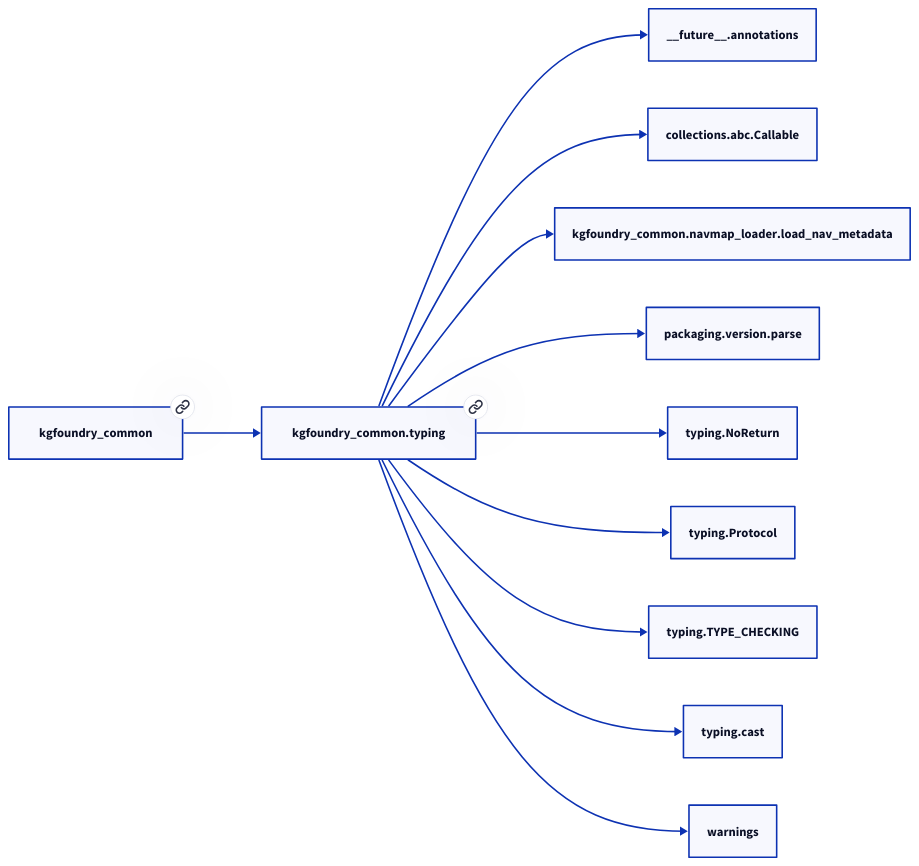
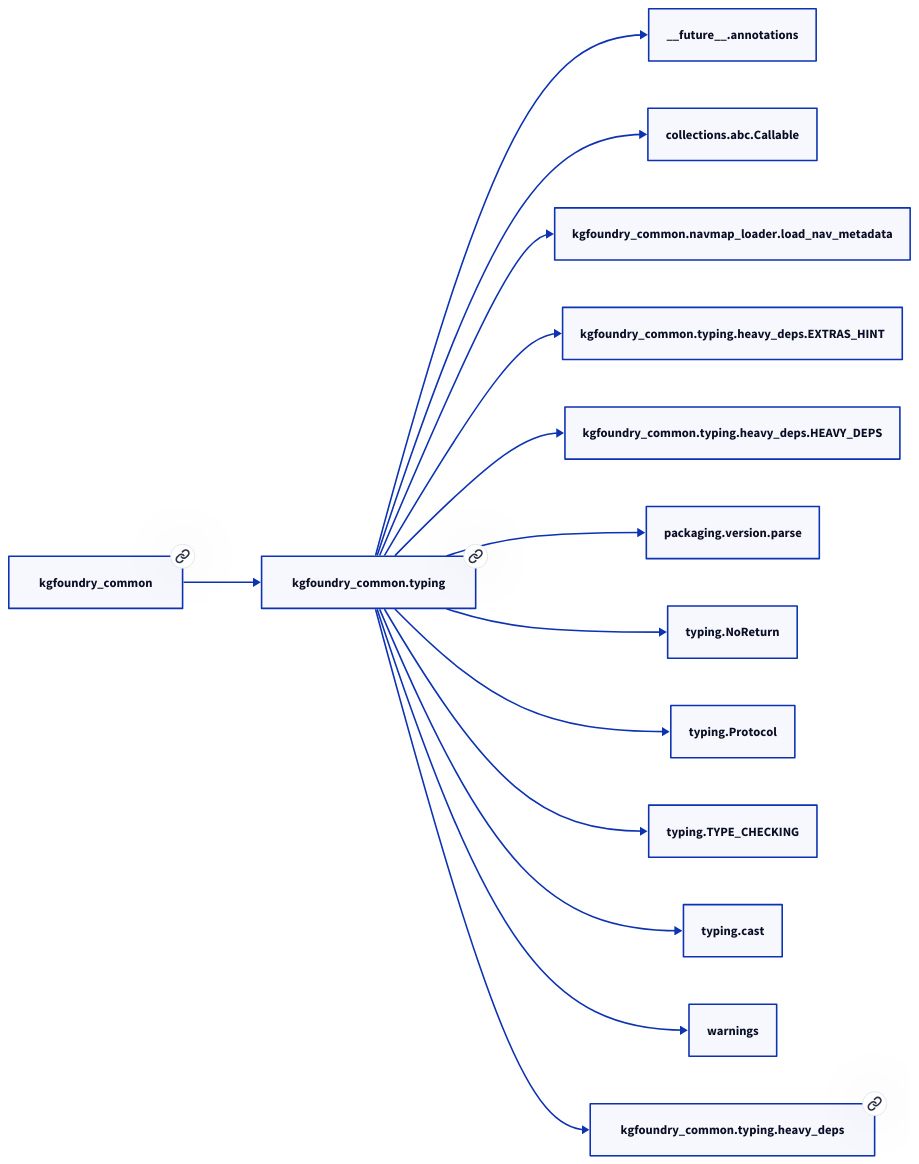
One commit to paul-heyse/kgforge changed the second of 2 diagrams in docs/modules/kgfoundry_common/typing.md. Above: the diagram before and after it, drawn with D2. The commit also changed other lines of this file and 107 other files, not shown here.

````diff
--- a/docs/modules/kgfoundry_common/typing.md
+++ b/docs/modules/kgfoundry_common/typing.md
@@ -73,24 +74,30 @@
 ```d2
 direction: right
 "kgfoundry_common.typing": "kgfoundry_common.typing" { link: "https://github.com/paul-heyse/kgfoundry/blob/main/src/kgfoundry_common/typing/__init__.py" }
 "__future__.annotations": "__future__.annotations"
 "kgfoundry_common.typing" -> "__future__.annotations"
 "collections.abc.Callable": "collections.abc.Callable"
 "kgfoundry_common.typing" -> "collections.abc.Callable"
 "kgfoundry_common.navmap_loader.load_nav_metadata": "kgfoundry_common.navmap_loader.load_nav_metadata"
 "kgfoundry_common.typing" -> "kgfoundry_common.navmap_loader.load_nav_metadata"
+"kgfoundry_common.typing.heavy_deps.EXTRAS_HINT": "kgfoundry_common.typing.heavy_deps.EXTRAS_HINT"
+"kgfoundry_common.typing" -> "kgfoundry_common.typing.heavy_deps.EXTRAS_HINT"
+"kgfoundry_common.typing.heavy_deps.HEAVY_DEPS": "kgfoundry_common.typing.heavy_deps.HEAVY_DEPS"
+"kgfoundry_common.typing" -> "kgfoundry_common.typing.heavy_deps.HEAVY_DEPS"
 "packaging.version.parse": "packaging.version.parse"
 "kgfoundry_common.typing" -> "packaging.version.parse"
 "typing.NoReturn": "typing.NoReturn"
 "kgfoundry_common.typing" -> "typing.NoReturn"
 "typing.Protocol": "typing.Protocol"
 "kgfoundry_common.typing" -> "typing.Protocol"
 "typing.TYPE_CHECKING": "typing.TYPE_CHECKING"
 "kgfoundry_common.typing" -> "typing.TYPE_CHECKING"
 "typing.cast": "typing.cast"
 "kgfoundry_common.typing" -> "typing.cast"
 "warnings": "warnings"
 "kgfoundry_common.typing" -> "warnings"
 "kgfoundry_common": "kgfoundry_common" { link: "https://github.com/paul-heyse/kgfoundry/blob/main/src/kgfoundry_common/__init__.py" }
 "kgfoundry_common" -> "kgfoundry_common.typing" { style: dashed }
+"kgfoundry_common.typing.heavy_deps": "kgfoundry_common.typing.heavy_deps" { link: "https://github.com/paul-heyse/kgfoundry/blob/main/src/kgfoundry_common/typing/heavy_deps.py" }
+"kgfoundry_common.typing" -> "kgfoundry_common.typing.heavy_deps" { style: dashed }
 ```
````
